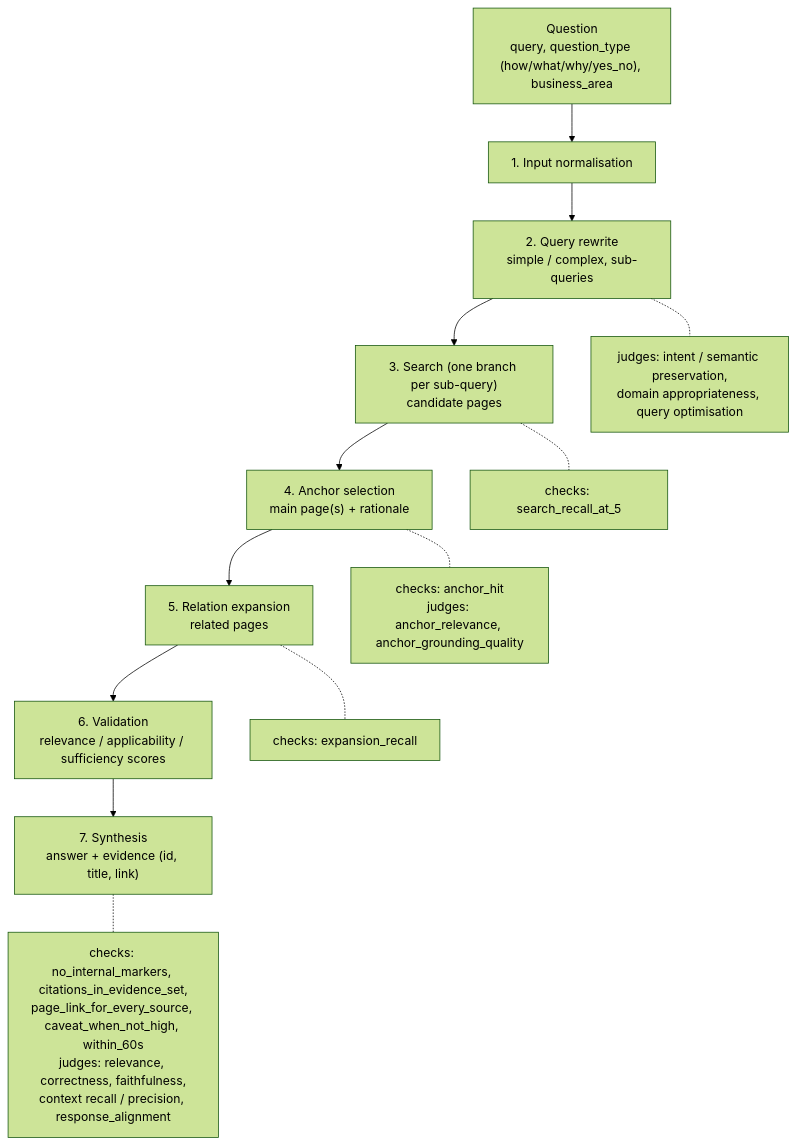
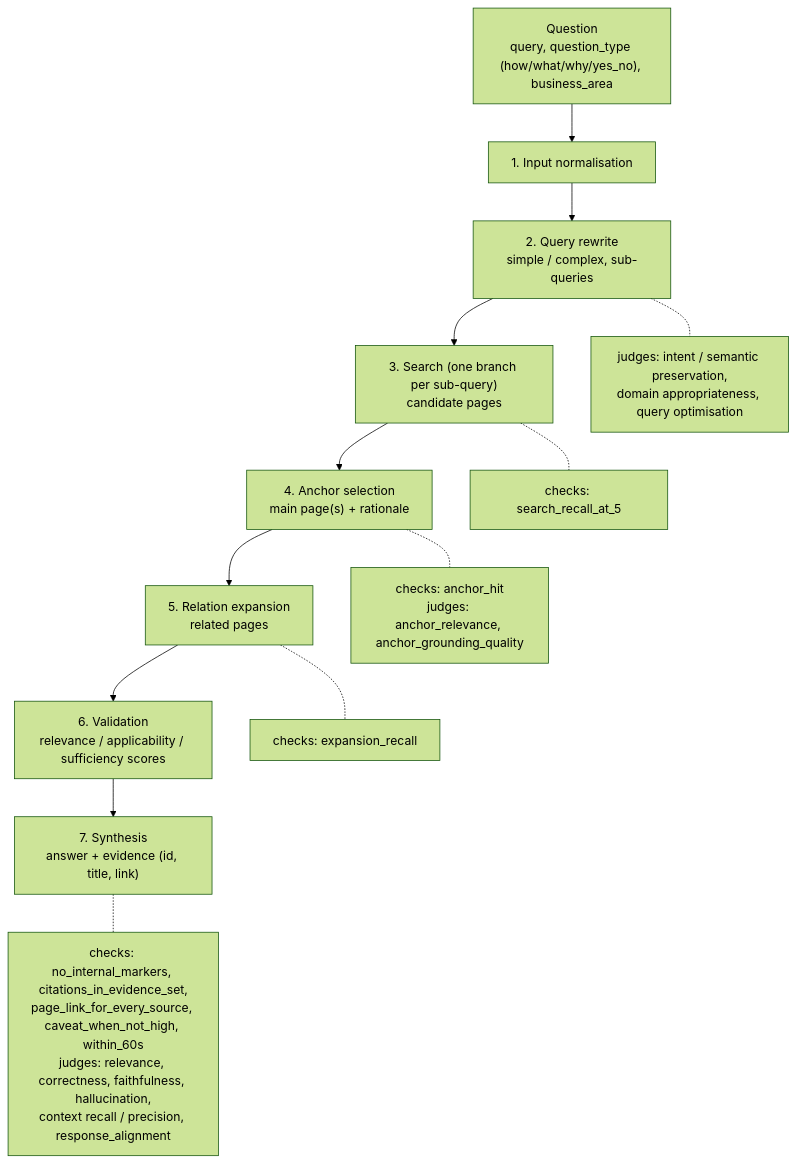
One commit to automationByVamsi/ai-eval-suite changed the third of 3 diagrams in README.md. Above: the diagram before and after it, drawn with Mermaid (forest theme). The commit also changed other lines of this file and 7 other files, not shown here.

````diff
--- a/README.md
+++ b/README.md
@@ -116,16 +116,16 @@
 ```mermaid
 flowchart TD
     Q["Question<br/>query, question_type (how/what/why/yes_no), business_area"] --> N["1. Input normalisation"]
     N --> RW["2. Query rewrite<br/>simple / complex, sub-queries"]
     RW --> S["3. Search (one branch per sub-query)<br/>candidate pages"]
     S --> AN["4. Anchor selection<br/>main page(s) + rationale"]
     AN --> EXP["5. Relation expansion<br/>related pages"]
     EXP --> V["6. Validation<br/>relevance / applicability / sufficiency scores"]
     V --> SY["7. Synthesis<br/>answer + evidence (id, title, link)"]
 
     RW -.- c1["judges: intent / semantic preservation,<br/>domain appropriateness, query optimisation"]
     S -.- c2["checks: search_recall_at_5"]
     AN -.- c3["checks: anchor_hit<br/>judges: anchor_relevance, anchor_grounding_quality"]
     EXP -.- c4["checks: expansion_recall"]
-    SY -.- c6["checks: no_internal_markers, citations_in_evidence_set,<br/>page_link_for_every_source, caveat_when_not_high, within_60s<br/>judges: relevance, correctness, faithfulness,<br/>context recall / precision, response_alignment"]
+    SY -.- c6["checks: no_internal_markers, citations_in_evidence_set,<br/>page_link_for_every_source, caveat_when_not_high, within_60s<br/>judges: relevance, correctness, faithfulness, hallucination,<br/>context recall / precision, response_alignment"]
 ```
````
